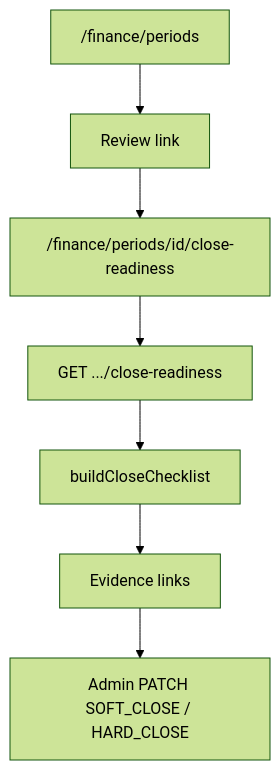
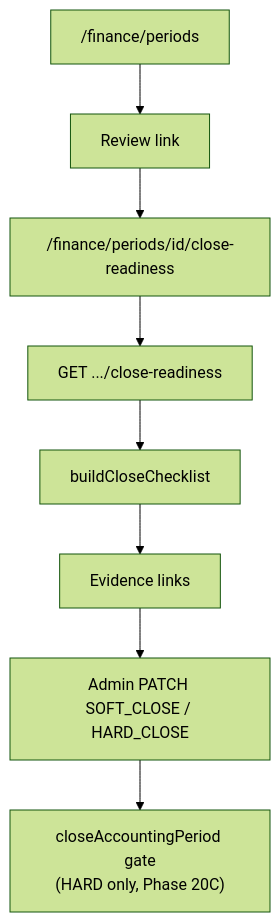
One commit to thkiti/asa-con-v0 changed the diagram in docs/21_FINANCE_CLOSE_WORKFLOW.md. Above: the diagram before and after it, drawn with Mermaid (forest theme). The commit also changed other lines of this file and 4 other files, not shown here.

Commit message:
phase20c document close gate enforcement

````diff
--- a/docs/21_FINANCE_CLOSE_WORKFLOW.md
+++ b/docs/21_FINANCE_CLOSE_WORKFLOW.md
@@ -27,15 +27,17 @@
 ```mermaid
 flowchart TD
   periods["/finance/periods"]
   review["Review link"]
   readiness["/finance/periods/id/close-readiness"]
   api["GET .../close-readiness"]
   checklist["buildCloseChecklist"]
   evidence["Evidence links"]
   manual["Admin PATCH SOFT_CLOSE / HARD_CLOSE"]
+  gate["closeAccountingPeriod gate\n(HARD only, Phase 20C)"]
 
   periods --> review --> readiness
   readiness --> api --> checklist
   checklist --> evidence
   evidence --> manual
+  manual --> gate
 ```
````
